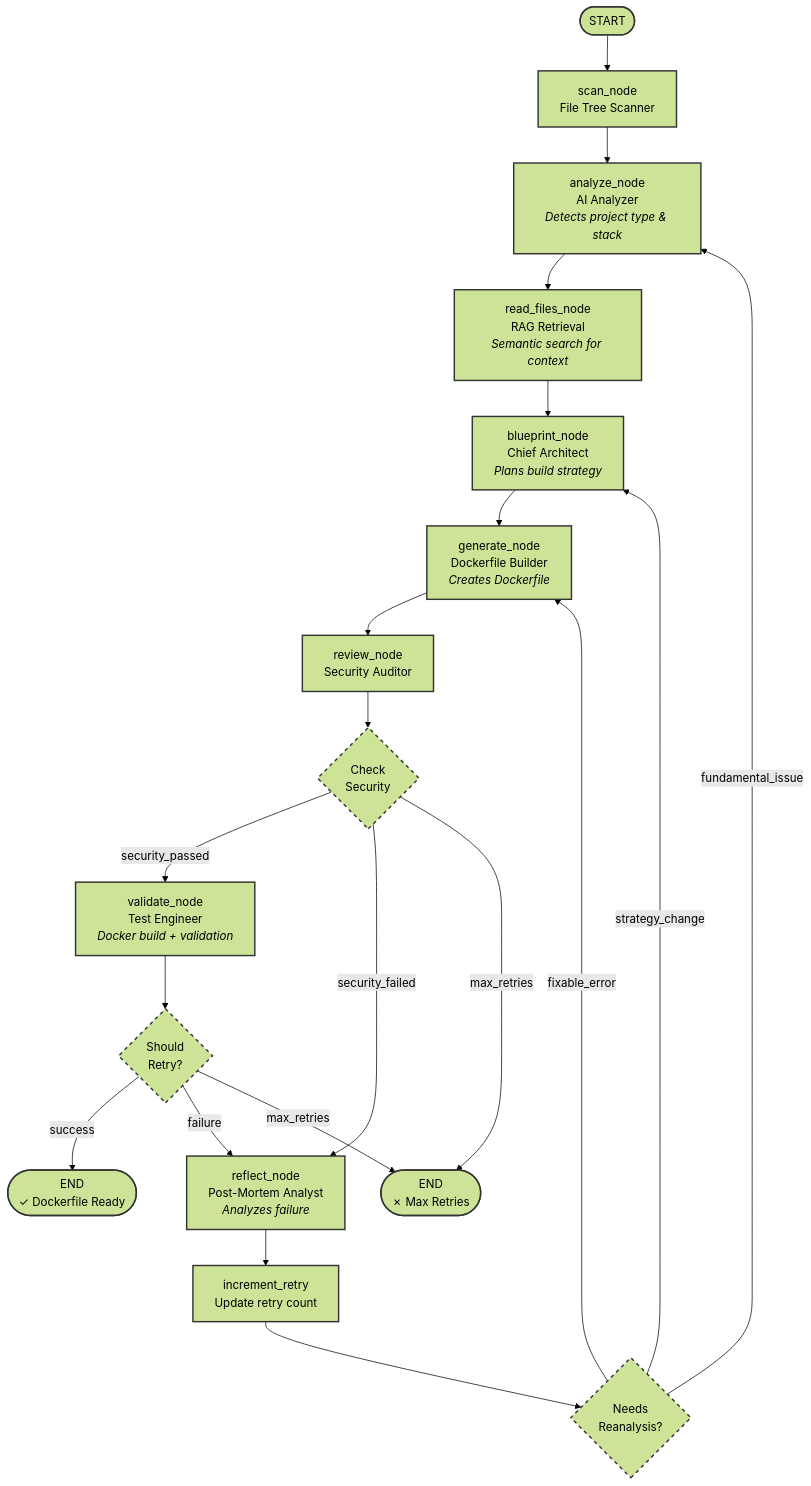
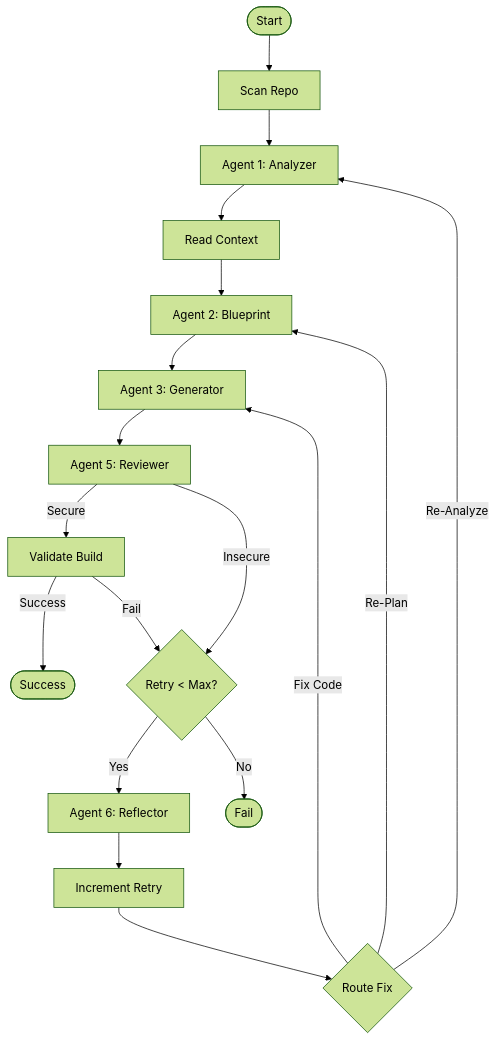
One commit to actions-marketplace-validations/itzzjb_dockai changed the second of 2 diagrams in docs/architecture.md. Above: the diagram before and after it, drawn with Mermaid (forest theme). The commit also changed other lines of this file and 1 other file, not shown here.

Commit message:
feat: introduce Iterative Generator and Error Analyzer agents, and update architecture diagrams and agent role descriptions.

````diff
--- a/docs/architecture.md
+++ b/docs/architecture.md
@@ -97,42 +97,25 @@
 ```mermaid
-flowchart TD
-    Start([START]) --> Scan[scan_node<br/>File Tree Scanner]
-    Scan --> Analyze[analyze_node<br/>AI Analyzer<br/><i>Detects project type & stack</i>]
-    Analyze --> ReadFiles[read_files_node<br/>RAG Retrieval<br/><i>Semantic search for context</i>]
-    ReadFiles --> Blueprint[blueprint_node<br/>Chief Architect<br/><i>Plans build strategy</i>]
-    Blueprint --> Generate[generate_node<br/>Dockerfile Builder<br/><i>Creates Dockerfile</i>]
+graph TD
+    Start([Start]) --> Scan[Scan Repo]
+    Scan --> Analyze[Agent 1: Analyzer]
+    Analyze --> ReadFiles[Read Context]
+    ReadFiles --> Blueprint[Agent 2: Blueprint]
+    Blueprint --> Generate[Agent 3: Generator]
+    Generate --> Review[Agent 5: Reviewer]
     
-    Generate --> Review[review_node<br/>Security Auditor]
+    Review -->|Secure| Validate[Validate Build]
+    Review -->|Insecure| CheckRetry{Retry < Max?}
     
-    Review --> CheckSecurity{Check<br/>Security}
-    CheckSecurity -->|security_passed| Validate
-    CheckSecurity -->|security_failed| Reflect
-    CheckSecurity -->|max_retries| Stop([END<br/>✗ Max Retries])
+    Validate -->|Success| End([Success])
+    Validate -->|Fail| CheckRetry
     
-    Validate[validate_node<br/>Test Engineer<br/><i>Docker build + validation</i>] --> ShouldRetry{Should<br/>Retry?}
-    ShouldRetry -->|success| End([END<br/>✓ Dockerfile Ready])
-    ShouldRetry -->|failure| Reflect[reflect_node<br/>Post-Mortem Analyst<br/><i>Analyzes failure</i>]
-    ShouldRetry -->|max_retries| Stop
+    CheckRetry -->|Yes| Reflect[Agent 6: Reflector]
+    CheckRetry -->|No| EndFail([Fail])
     
-    Reflect --> Increment[increment_retry<br/>Update retry count]
-    Increment --> NeedsReanalysis{Needs<br/>Reanalysis?}
-    NeedsReanalysis -->|fundamental_issue| Analyze
-    NeedsReanalysis -->|strategy_change| Blueprint
-    NeedsReanalysis -->|fixable_error| Generate
+    Reflect --> IncRetry[Increment Retry]
+    IncRetry --> Route{Route Fix}
     
-    style Start stroke:#333,stroke-width:2px
-    style End stroke:#333,stroke-width:2px
-    style Stop stroke:#333,stroke-width:2px
-    style Scan stroke:#333,stroke-width:2px
-    style Analyze stroke:#333,stroke-width:2px
-    style ReadFiles stroke:#333,stroke-width:2px
-    style Blueprint stroke:#333,stroke-width:2px
-    style Generate stroke:#333,stroke-width:2px
-    style Review stroke:#333,stroke-width:2px
-    style Validate stroke:#333,stroke-width:2px
-    style Reflect stroke:#333,stroke-width:2px
-    style Increment stroke:#333,stroke-width:2px
-    style CheckSecurity stroke:#333,stroke-width:2px,stroke-dasharray:5 5
-    style ShouldRetry stroke:#333,stroke-width:2px,stroke-dasharray:5 5
-    style NeedsReanalysis stroke:#333,stroke-width:2px,stroke-dasharray:5 5
+    Route -->|Re-Analyze| Analyze
+    Route -->|Re-Plan| Blueprint
+    Route -->|Fix Code| Generate
 ```
````
